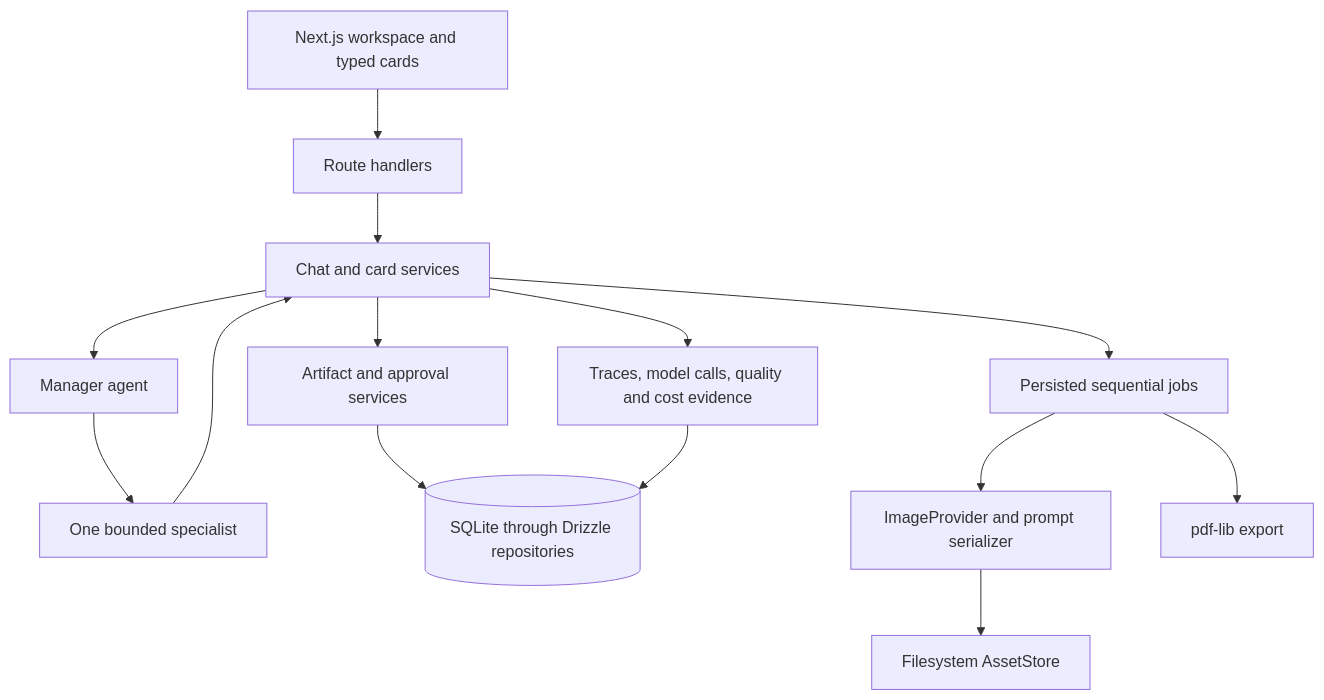
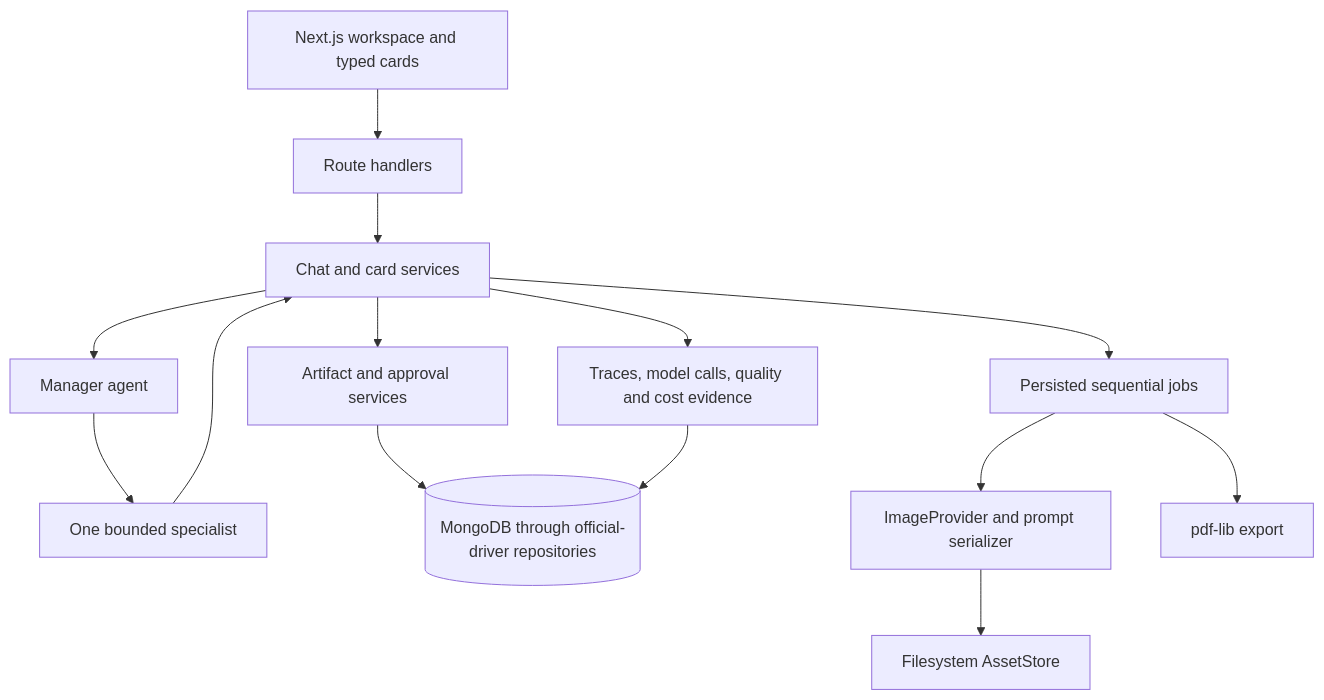
One commit to karpishe-experiments/agentic-poc changed the diagram in docs/architecture.md. Above: the diagram before and after it, drawn with Mermaid. The commit also changed other lines of this file and 78 other files, not shown here.

````diff
--- a/docs/architecture.md
+++ b/docs/architecture.md
@@ -9,16 +9,16 @@
 ```mermaid
 flowchart TB
   UI[Next.js workspace and typed cards] --> API[Route handlers]
   API --> CHAT[Chat and card services]
   CHAT --> MGR[Manager agent]
   MGR --> SPEC[One bounded specialist]
   SPEC --> CHAT
   CHAT --> ART[Artifact and approval services]
-  ART --> DB[(SQLite through Drizzle repositories)]
+  ART --> DB[(MongoDB through official-driver repositories)]
   CHAT --> JOB[Persisted sequential jobs]
   JOB --> IMG[ImageProvider and prompt serializer]
   IMG --> FS[Filesystem AssetStore]
   JOB --> PDF[pdf-lib export]
   CHAT --> EVID[Traces, model calls, quality and cost evidence]
   EVID --> DB
 ```
````
